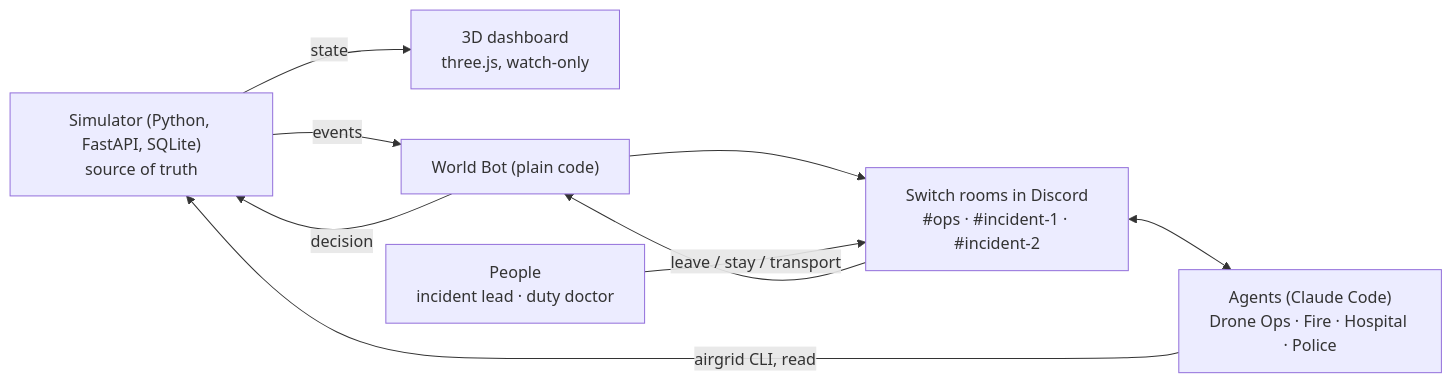
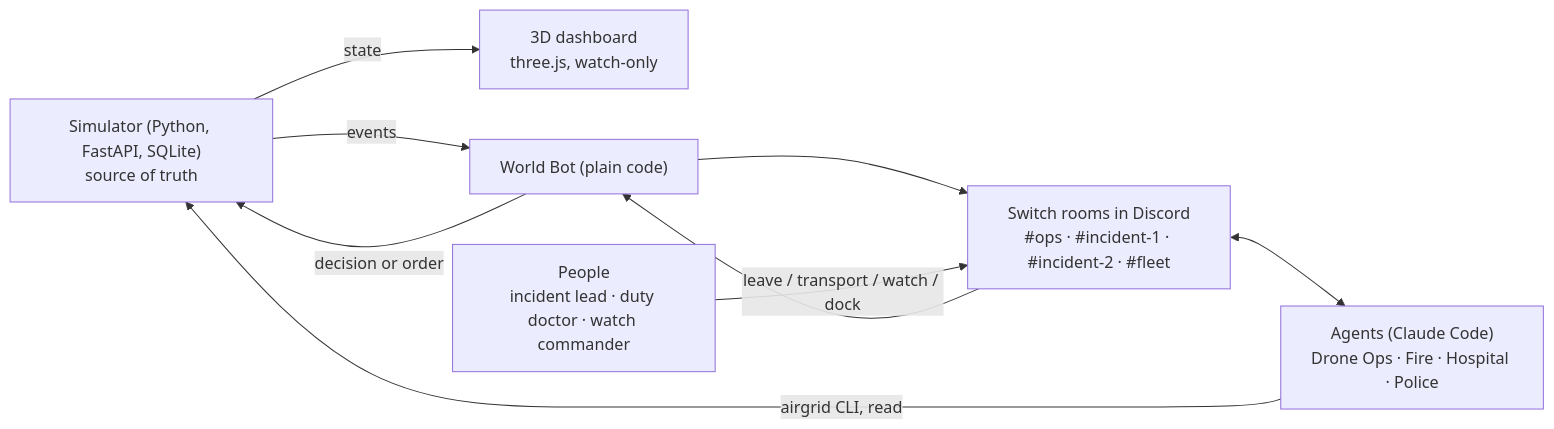
One commit to Aadarsh805/airgrid-switch changed the diagram in README.md. Above: the diagram before and after it, drawn with Mermaid. The commit also changed other lines of this file, not shown here.

First line of the commit message:
README: what you can do, commands, #fleet and roles; timeline matches commit dates

````diff
--- a/README.md
+++ b/README.md
@@ -73,14 +109,14 @@
 ```mermaid
 flowchart LR
   SIM["Simulator (Python, FastAPI, SQLite)<br/>source of truth"]
   DASH["3D dashboard<br/>three.js, watch-only"]
   BOT["World Bot (plain code)"]
-  ROOMS["Switch rooms in Discord<br/>#ops · #incident-1 · #incident-2"]
+  ROOMS["Switch rooms in Discord<br/>#ops · #incident-1 · #incident-2 · #fleet"]
   AG["Agents (Claude Code)<br/>Drone Ops · Fire · Hospital · Police"]
-  P["People<br/>incident lead · duty doctor"]
+  P["People<br/>incident lead · duty doctor · watch commander"]
   SIM -->|state| DASH
   SIM -->|events| BOT --> ROOMS
   ROOMS <--> AG
   AG -->|airgrid CLI, read| SIM
-  P -->|leave / stay / transport| ROOMS --> BOT -->|decision| SIM
+  P -->|leave / transport / watch / dock| ROOMS --> BOT -->|decision or order| SIM
 ```
````
